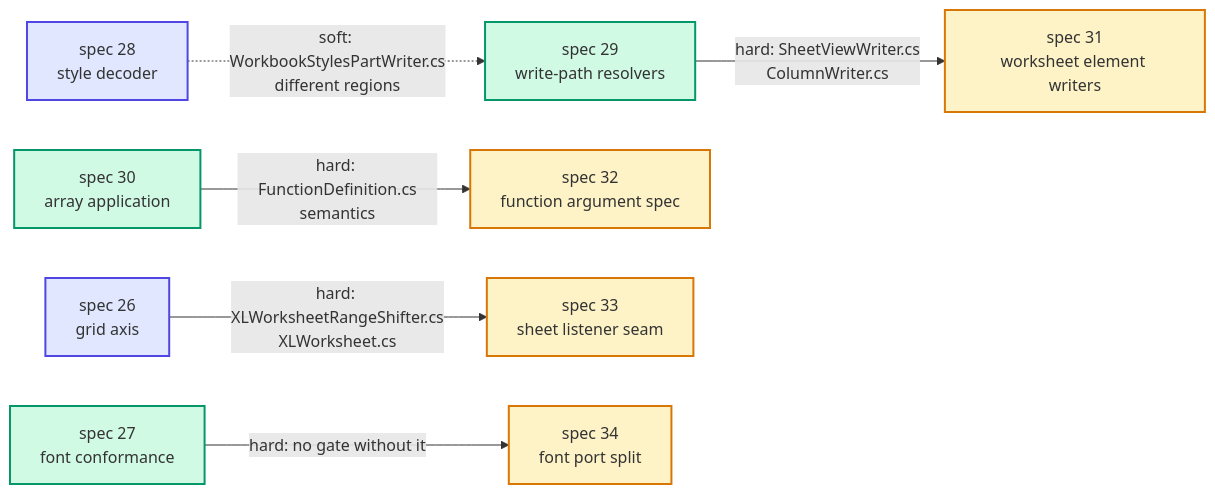
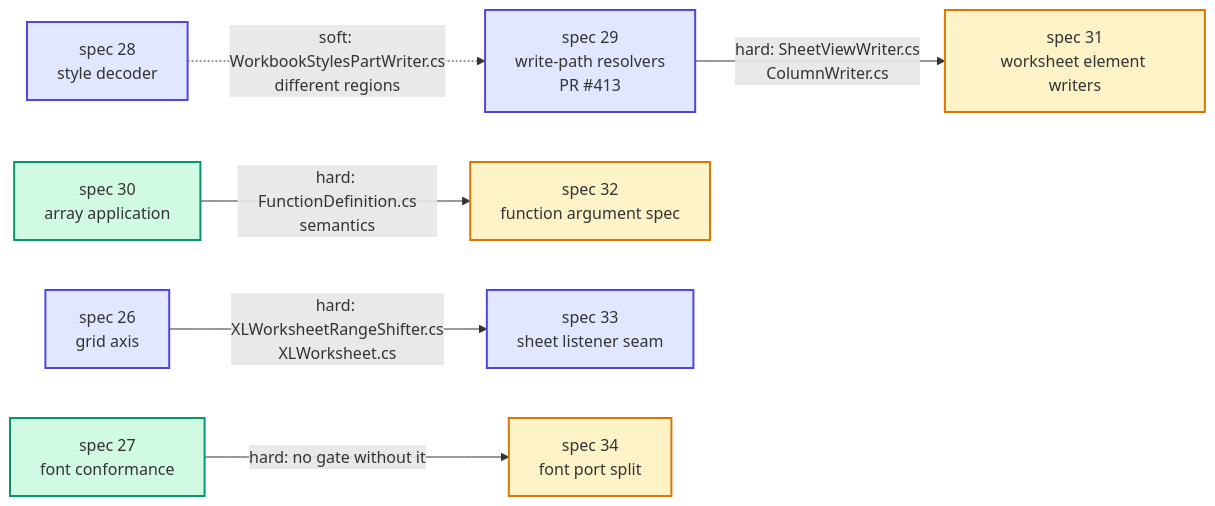
One commit to XLibur/XLibur changed the diagram in docs/specs/TASKLIST-architecture-deepening-2.md. Above: the diagram before and after it, drawn with Mermaid. The commit also changed other lines of this file and 2 other files, not shown here.

First line of the commit message:
docs(specs): cite PR #413 and label the bare fences (spec 29 review)

````diff
--- a/docs/specs/TASKLIST-architecture-deepening-2.md
+++ b/docs/specs/TASKLIST-architecture-deepening-2.md
@@ -241,22 +271,22 @@
 ```mermaid
 flowchart LR
   S26["spec 26<br/>grid axis"]:::done
   S27["spec 27<br/>font conformance"]:::ready
   S28["spec 28<br/>style decoder"]:::done
-  S29["spec 29<br/>write-path resolvers"]:::ready
+  S29["spec 29<br/>write-path resolvers<br/>PR #413"]:::done
   S30["spec 30<br/>array application"]:::ready
   S31["spec 31<br/>worksheet element writers"]:::blocked
   S32["spec 32<br/>function argument spec"]:::blocked
-  S33["spec 33<br/>sheet listener seam"]:::blocked
+  S33["spec 33<br/>sheet listener seam"]:::done
   S34["spec 34<br/>font port split"]:::blocked
 
   S26 -->|"hard: XLWorksheetRangeShifter.cs<br/>XLWorksheet.cs"| S33
   S27 -->|"hard: no gate without it"| S34
   S29 -->|"hard: SheetViewWriter.cs<br/>ColumnWriter.cs"| S31
   S30 -->|"hard: FunctionDefinition.cs<br/>semantics"| S32
   S28 -.->|"soft: WorkbookStylesPartWriter.cs<br/>different regions"| S29
 
   classDef done fill:#e0e7ff,stroke:#4f46e5,stroke-width:2px;
   classDef ready fill:#d1fae5,stroke:#059669,stroke-width:2px;
   classDef blocked fill:#fef3c7,stroke:#d97706,stroke-width:2px;
 ```
````
